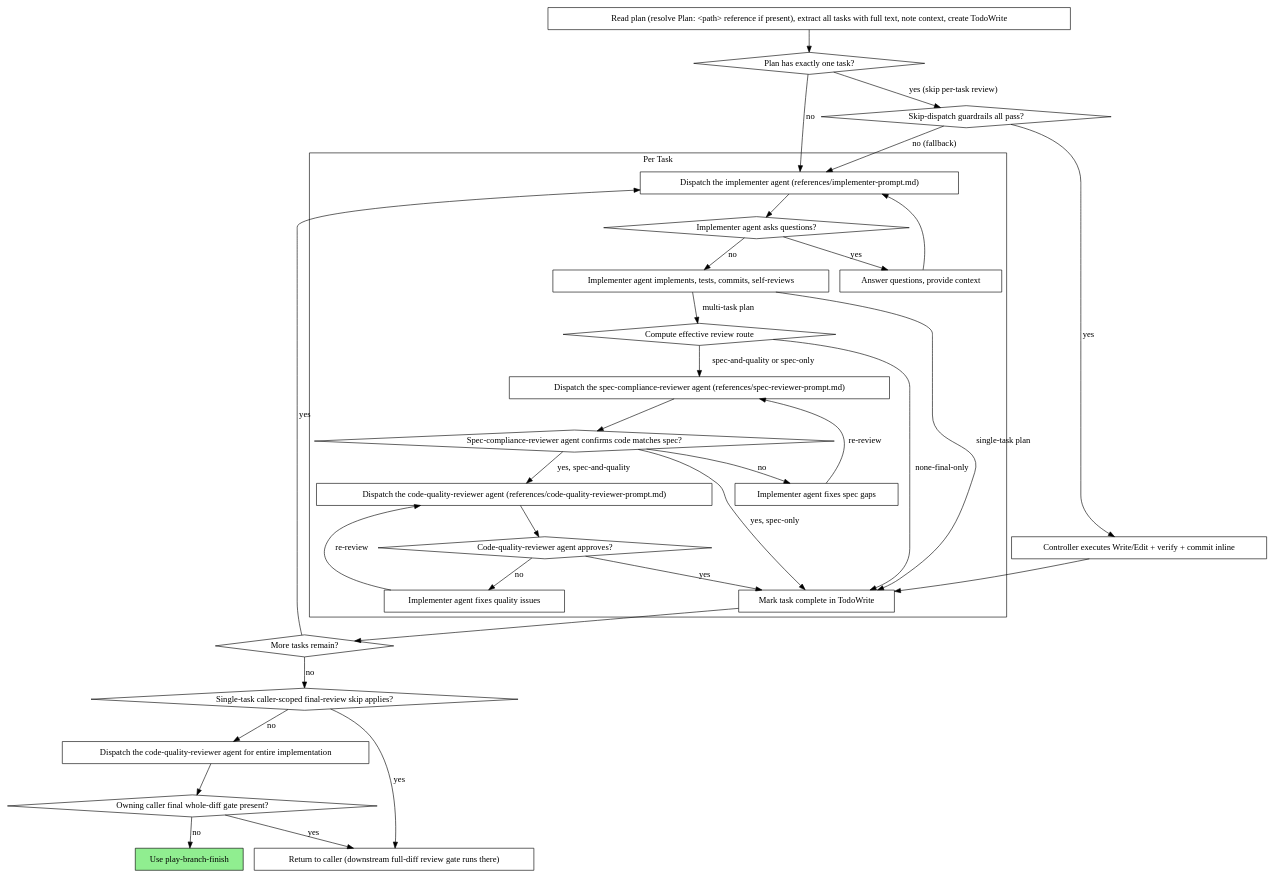
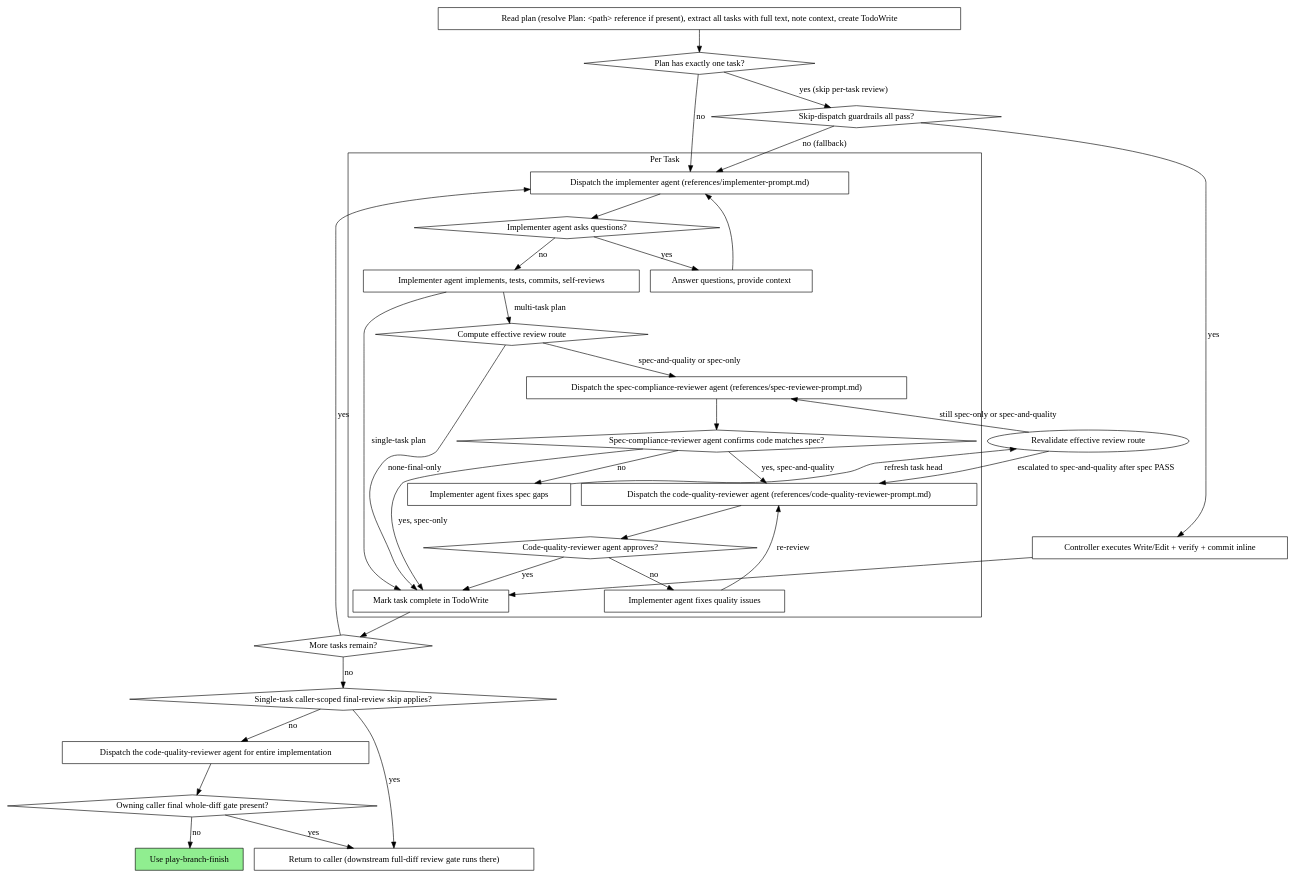
One commit to ryumiel/devcanon changed the second of 3 diagrams in skills/play-subagent-execution/SKILL.md. Above: the diagram before and after it, drawn with Graphviz. The commit also changed other lines of this file and 3 other files, not shown here.

Commit message:
fix(skill): revalidate routes after fixups

````diff
--- a/skills/play-subagent-execution/SKILL.md
+++ b/skills/play-subagent-execution/SKILL.md
@@ -131,64 +131,66 @@
 ```dot
 digraph process {
     rankdir=TB;
 
     subgraph cluster_per_task {
         label="Per Task";
         "Dispatch the implementer agent (references/implementer-prompt.md)" [shape=box];
         "Implementer agent asks questions?" [shape=diamond];
         "Answer questions, provide context" [shape=box];
         "Implementer agent implements, tests, commits, self-reviews" [shape=box];
         "Compute effective review route" [shape=diamond];
         "Dispatch the spec-compliance-reviewer agent (references/spec-reviewer-prompt.md)" [shape=box];
         "Spec-compliance-reviewer agent confirms code matches spec?" [shape=diamond];
         "Implementer agent fixes spec gaps" [shape=box];
         "Dispatch the code-quality-reviewer agent (references/code-quality-reviewer-prompt.md)" [shape=box];
         "Code-quality-reviewer agent approves?" [shape=diamond];
         "Implementer agent fixes quality issues" [shape=box];
         "Mark task complete in TodoWrite" [shape=box];
     }
 
     "Read plan (resolve Plan: <path> reference if present), extract all tasks with full text, note context, create TodoWrite" [shape=box];
     "Plan has exactly one task?" [shape=diamond];
     "More tasks remain?" [shape=diamond];
     "Single-task caller-scoped final-review skip applies?" [shape=diamond];
     "Dispatch the code-quality-reviewer agent for entire implementation" [shape=box];
     "Owning caller final whole-diff gate present?" [shape=diamond];
     "Return to caller (downstream full-diff review gate runs there)" [shape=box];
     "Use play-branch-finish" [shape=box style=filled fillcolor=lightgreen];
 
     "Read plan (resolve Plan: <path> reference if present), extract all tasks with full text, note context, create TodoWrite" -> "Plan has exactly one task?";
     "Plan has exactly one task?" -> "Dispatch the implementer agent (references/implementer-prompt.md)" [label="no"];
     "Plan has exactly one task?" -> "Skip-dispatch guardrails all pass?" [label="yes (skip per-task review)"];
     "Skip-dispatch guardrails all pass?" [shape=diamond];
     "Skip-dispatch guardrails all pass?" -> "Controller executes Write/Edit + verify + commit inline" [label="yes"];
     "Skip-dispatch guardrails all pass?" -> "Dispatch the implementer agent (references/implementer-prompt.md)" [label="no (fallback)"];
     "Controller executes Write/Edit + verify + commit inline" [shape=box];
     "Controller executes Write/Edit + verify + commit inline" -> "Mark task complete in TodoWrite";
     "Dispatch the implementer agent (references/implementer-prompt.md)" -> "Implementer agent asks questions?";
     "Implementer agent asks questions?" -> "Answer questions, provide context" [label="yes"];
     "Answer questions, provide context" -> "Dispatch the implementer agent (references/implementer-prompt.md)";
     "Implementer agent asks questions?" -> "Implementer agent implements, tests, commits, self-reviews" [label="no"];
     "Implementer agent implements, tests, commits, self-reviews" -> "Mark task complete in TodoWrite" [label="single-task plan"];
     "Implementer agent implements, tests, commits, self-reviews" -> "Compute effective review route" [label="multi-task plan"];
     "Compute effective review route" -> "Dispatch the spec-compliance-reviewer agent (references/spec-reviewer-prompt.md)" [label="spec-and-quality or spec-only"];
     "Compute effective review route" -> "Mark task complete in TodoWrite" [label="none-final-only"];
     "Dispatch the spec-compliance-reviewer agent (references/spec-reviewer-prompt.md)" -> "Spec-compliance-reviewer agent confirms code matches spec?";
     "Spec-compliance-reviewer agent confirms code matches spec?" -> "Implementer agent fixes spec gaps" [label="no"];
-    "Implementer agent fixes spec gaps" -> "Dispatch the spec-compliance-reviewer agent (references/spec-reviewer-prompt.md)" [label="re-review"];
+    "Implementer agent fixes spec gaps" -> "Revalidate effective review route" [label="refresh task head"];
+    "Revalidate effective review route" -> "Dispatch the spec-compliance-reviewer agent (references/spec-reviewer-prompt.md)" [label="still spec-only or spec-and-quality"];
+    "Revalidate effective review route" -> "Dispatch the code-quality-reviewer agent (references/code-quality-reviewer-prompt.md)" [label="escalated to spec-and-quality after spec PASS"];
     "Spec-compliance-reviewer agent confirms code matches spec?" -> "Dispatch the code-quality-reviewer agent (references/code-quality-reviewer-prompt.md)" [label="yes, spec-and-quality"];
     "Spec-compliance-reviewer agent confirms code matches spec?" -> "Mark task complete in TodoWrite" [label="yes, spec-only"];
     "Dispatch the code-quality-reviewer agent (references/code-quality-reviewer-prompt.md)" -> "Code-quality-reviewer agent approves?";
     "Code-quality-reviewer agent approves?" -> "Implementer agent fixes quality issues" [label="no"];
     "Implementer agent fixes quality issues" -> "Dispatch the code-quality-reviewer agent (references/code-quality-reviewer-prompt.md)" [label="re-review"];
     "Code-quality-reviewer agent approves?" -> "Mark task complete in TodoWrite" [label="yes"];
     "Mark task complete in TodoWrite" -> "More tasks remain?";
     "More tasks remain?" -> "Dispatch the implementer agent (references/implementer-prompt.md)" [label="yes"];
     "More tasks remain?" -> "Single-task caller-scoped final-review skip applies?" [label="no"];
     "Single-task caller-scoped final-review skip applies?" -> "Return to caller (downstream full-diff review gate runs there)" [label="yes"];
     "Single-task caller-scoped final-review skip applies?" -> "Dispatch the code-quality-reviewer agent for entire implementation" [label="no"];
     "Dispatch the code-quality-reviewer agent for entire implementation" -> "Owning caller final whole-diff gate present?";
     "Owning caller final whole-diff gate present?" -> "Return to caller (downstream full-diff review gate runs there)" [label="yes"];
     "Owning caller final whole-diff gate present?" -> "Use play-branch-finish" [label="no"];
 }
 ```
````
